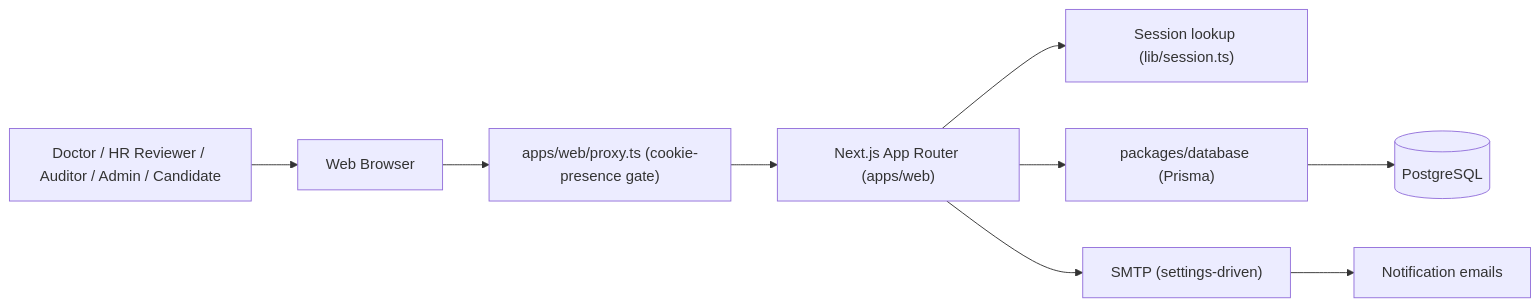
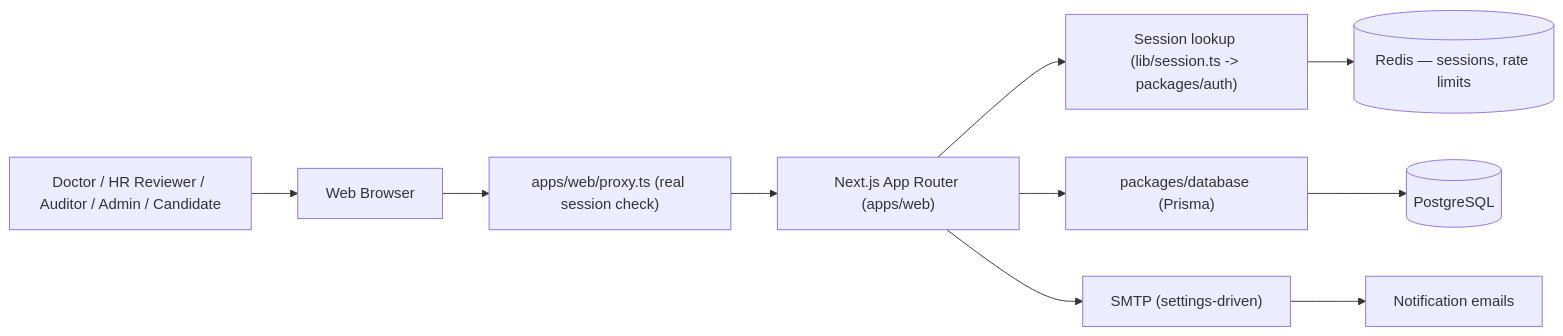
One commit to rayturner377/NCB-New-Hire changed the diagram in ARCHITECTURE.md. Above: the diagram before and after it, drawn with Mermaid. The commit also changed other lines of this file and 3 other files, not shown here.

````diff
--- a/ARCHITECTURE.md
+++ b/ARCHITECTURE.md
@@ -43,11 +44,12 @@
 ```mermaid
 flowchart LR
   User["Doctor / HR Reviewer / Auditor / Admin / Candidate"] --> Browser["Web Browser"]
-  Browser --> Proxy["apps/web/proxy.ts (cookie-presence gate)"]
+  Browser --> Proxy["apps/web/proxy.ts (real session check)"]
   Proxy --> Next["Next.js App Router (apps/web)"]
-  Next --> Session["Session lookup (lib/session.ts)"]
+  Next --> Session["Session lookup (lib/session.ts -> packages/auth)"]
+  Session --> Redis[("Redis — sessions, rate limits")]
   Next --> DB["packages/database (Prisma)"]
   DB --> Postgres[("PostgreSQL")]
   Next --> SMTP["SMTP (settings-driven)"]
   SMTP --> Email["Notification emails"]
 ```
````
